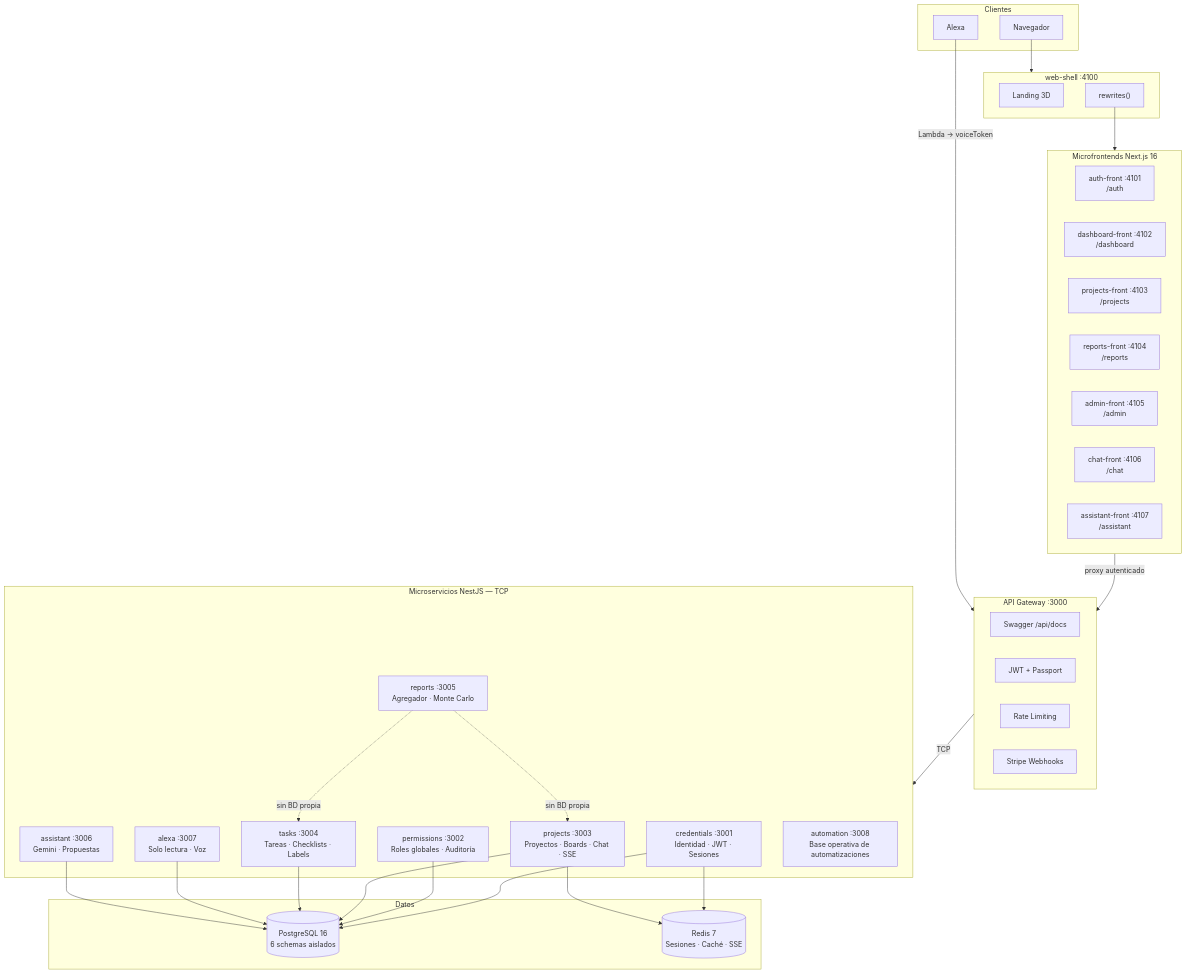
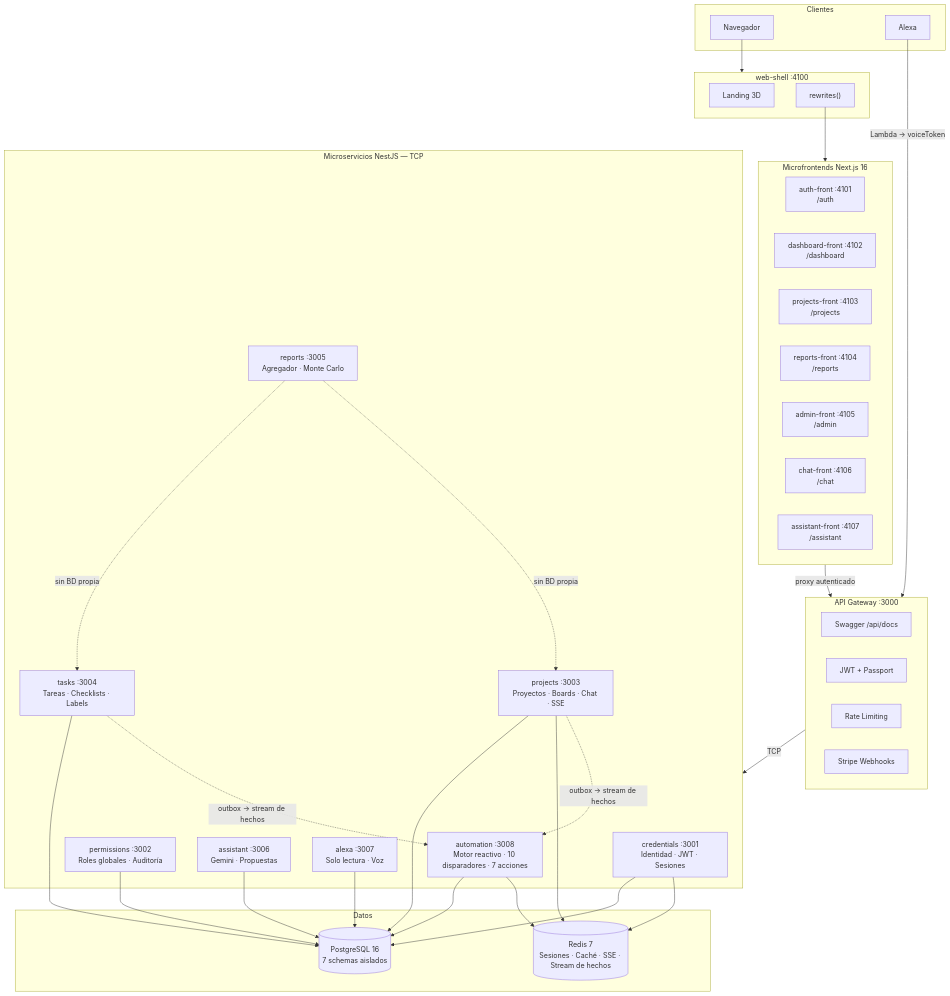
Before and after one commit to Ander-tsx/PRAXIS: the diagram in README.md, drawn with Mermaid. The commit also changed other lines of this file and 7 other files, not shown here.

````diff
--- a/README.md
+++ b/README.md
@@ -63,54 +89,55 @@
 ```mermaid
 flowchart TB
     subgraph Clientes
         Browser["Navegador"]
         AlexaDevice["Alexa"]
     end
 
     subgraph shell["web-shell :4100"]
         Landing["Landing 3D"]
         Rewrites["rewrites()"]
     end
 
     subgraph zones["Microfrontends Next.js 16"]
         Auth["auth-front :4101\n/auth"]
         Dash["dashboard-front :4102\n/dashboard"]
         Proj["projects-front :4103\n/projects"]
         Rep["reports-front :4104\n/reports"]
         Adm["admin-front :4105\n/admin"]
         Chat["chat-front :4106\n/chat"]
         AsstF["assistant-front :4107\n/assistant"]
     end
 
     subgraph gw["API Gateway :3000"]
         Swagger["Swagger /api/docs"]
         JWT["JWT + Passport"]
         Throttle["Rate Limiting"]
         StripeWH["Stripe Webhooks"]
     end
 
     subgraph services["Microservicios NestJS — TCP"]
         Cred["credentials :3001\nIdentidad · JWT · Sesiones"]
         Perm["permissions :3002\nRoles globales · Auditoría"]
         ProjS["projects :3003\nProyectos · Boards · Chat · SSE"]
         Task["tasks :3004\nTareas · Checklists · Labels"]
         RepS["reports :3005\nAgregador · Monte Carlo"]
         Asst["assistant :3006\nGemini · Propuestas"]
         Alex["alexa :3007\nSolo lectura · Voz"]
-        Automation["automation :3008\nBase operativa de automatizaciones"]
+        Automation["automation :3008\nMotor reactivo · 10 disparadores · 7 acciones"]
     end
 
     subgraph data["Datos"]
-        PG[("PostgreSQL 16\n6 schemas aislados")]
-        Redis[("Redis 7\nSesiones · Caché · SSE")]
+        PG[("PostgreSQL 16\n7 schemas aislados")]
+        Redis[("Redis 7\nSesiones · Caché · SSE · Stream de hechos")]
     end
 
     Browser --> shell
     Rewrites --> zones
     zones -->|proxy autenticado| gw
     AlexaDevice -->|Lambda → voiceToken| gw
     gw -->|TCP| services
-    Cred & Perm & ProjS & Task & Alex & Asst --> PG
+    Cred & Perm & ProjS & Task & Alex & Asst & Automation --> PG
     RepS -.->|"sin BD propia"| Task & ProjS
-    Cred & ProjS --> Redis
+    Cred & ProjS & Automation --> Redis
+    Task & ProjS -.->|"outbox → stream de hechos"| Automation
 ```
````
